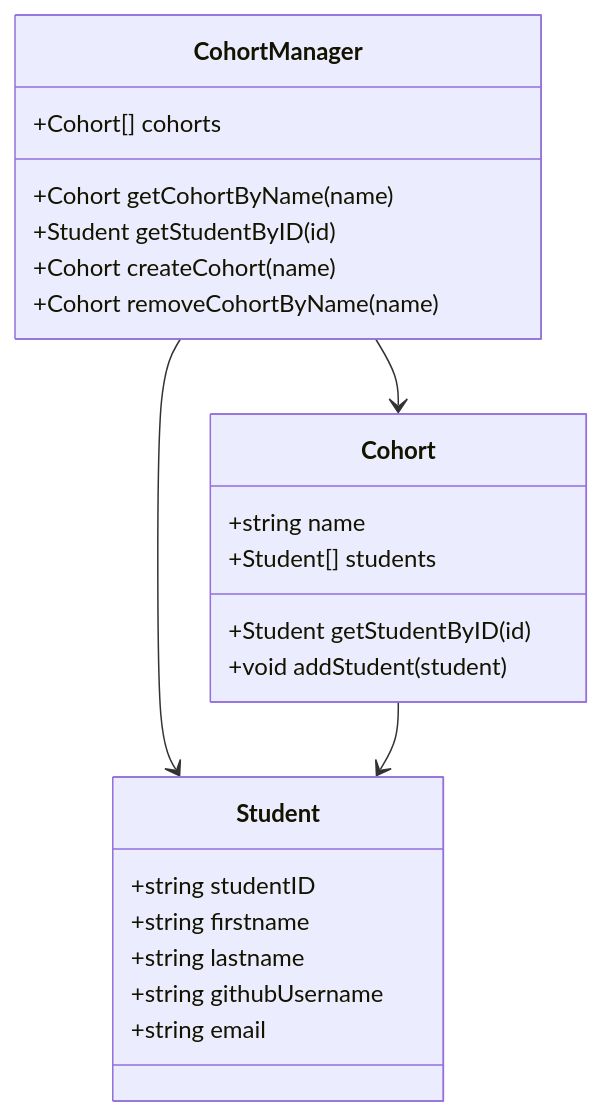
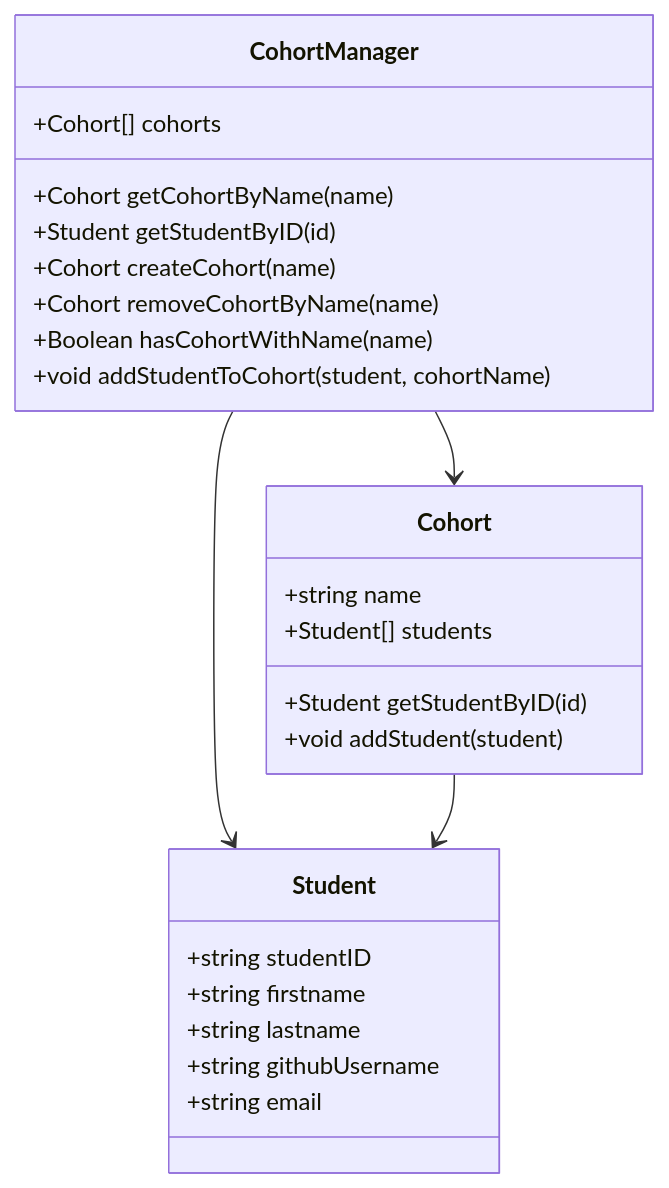
Before and after one commit to boolean-uk/tdd-cohort-manager-challenge-exemplar: the diagram in domain-model.mmd, drawn with Mermaid. The commit also changed 5 other files, not shown here.

```diff
--- a/domain-model.mmd
+++ b/domain-model.mmd
@@ -1,21 +1,23 @@
 classDiagram
     CohortManager --> Cohort
     CohortManager --> Student
     Cohort --> Student
     class Student
     Student : +string studentID
     Student : +string firstname
     Student : +string lastname
     Student : +string githubUsername
     Student : +string email
     class Cohort
     Cohort : +string name
     Cohort : +Student[] students
     Cohort : +Student getStudentByID(id)
     Cohort : +void addStudent(student)
     class CohortManager
     CohortManager : +Cohort[] cohorts
     CohortManager : +Cohort getCohortByName(name)
     CohortManager : +Student getStudentByID(id)
     CohortManager : +Cohort createCohort(name)
     CohortManager : +Cohort removeCohortByName(name)
+    CohortManager : +Boolean hasCohortWithName(name)
+    CohortManager : +void addStudentToCohort(student, cohortName)
```
